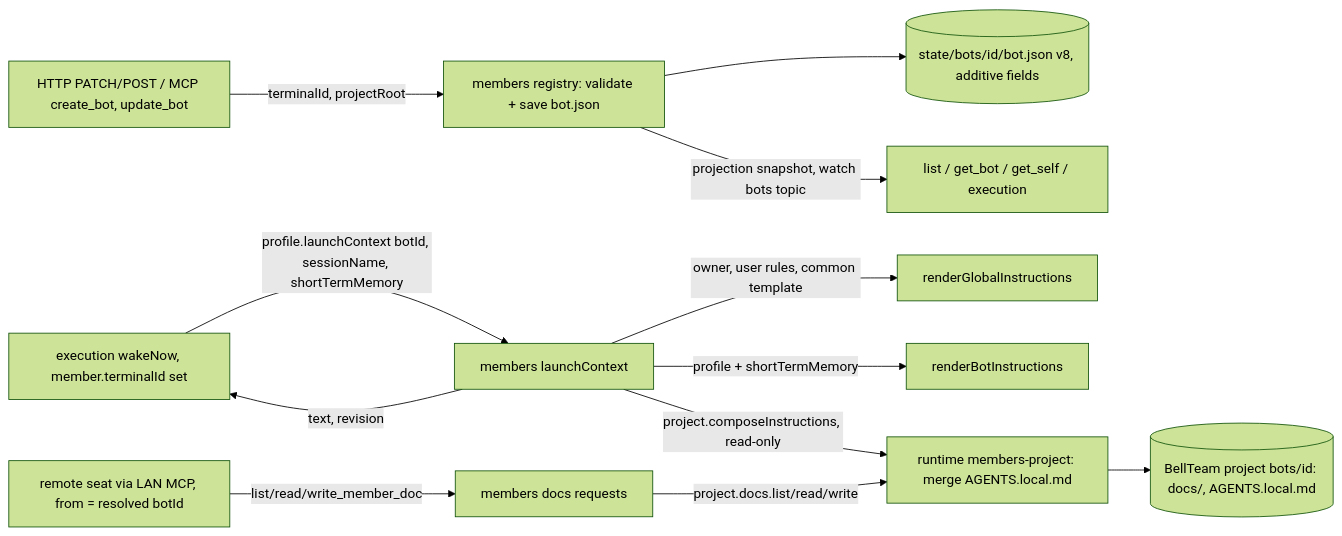
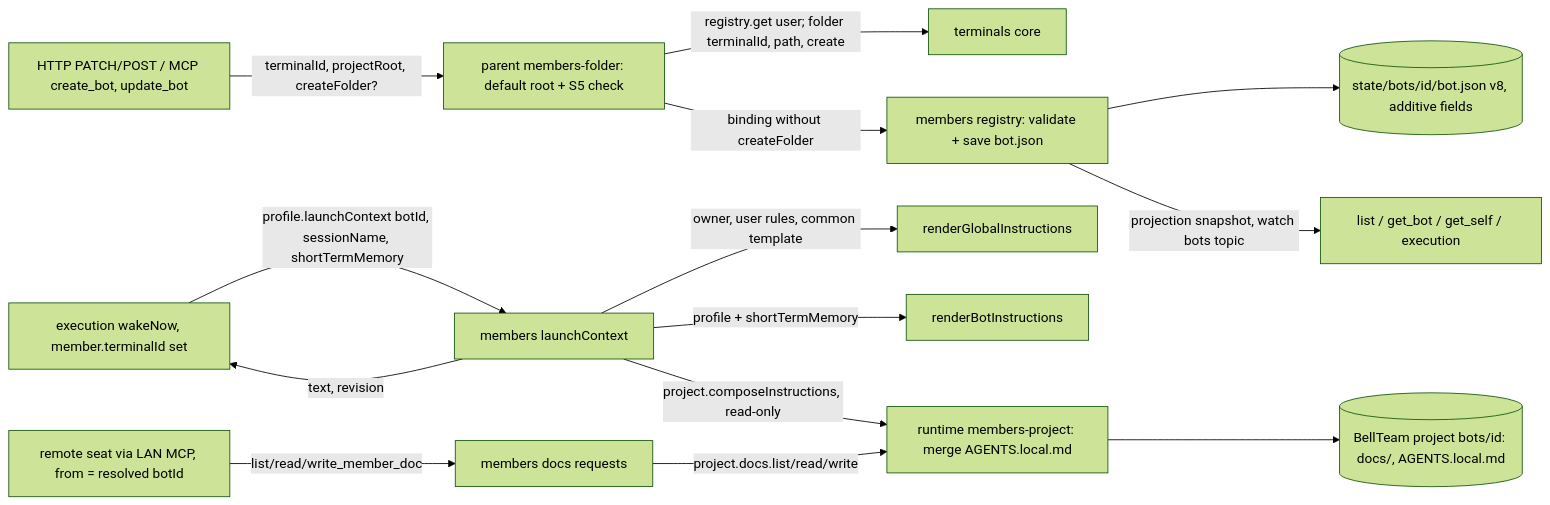
Before and after one commit to kitepon/BellTeam: the diagram in docs/architecture/modules/members/remote-seat.md, drawn with Mermaid (forest theme). The commit also changed other lines of this file and 8 other files, not shown here.

First line of the commit message:
feat(members): check the terminal folder on member save (S5 self-service step 4)

````diff
--- a/docs/architecture/modules/members/remote-seat.md
+++ b/docs/architecture/modules/members/remote-seat.md
@@ -9,14 +9,16 @@
 ```mermaid
 flowchart LR
-  Admin[HTTP PATCH/POST / MCP create_bot, update_bot] -->|terminalId, projectRoot| Registry[members registry: validate + save bot.json]
+  Admin[HTTP PATCH/POST / MCP create_bot, update_bot] -->|terminalId, projectRoot, createFolder?| Folder[parent members-folder: default root + S5 check]
+  Folder -->|registry.get user; folder terminalId, path, create| Terminals[terminals core]
+  Folder -->|binding without createFolder| Registry[members registry: validate + save bot.json]
   Registry --> State[(state/bots/id/bot.json v8, additive fields)]
   Registry -->|projection snapshot, watch bots topic| Views[list / get_bot / get_self / execution]
   Exec[execution wakeNow, member.terminalId set] -->|profile.launchContext botId, sessionName, shortTermMemory| Launch[members launchContext]
   Launch -->|owner, user rules, common template| Global[renderGlobalInstructions]
   Launch -->|profile + shortTermMemory| Body[renderBotInstructions]
   Launch -->|project.composeInstructions, read-only| Runtime[runtime members-project: merge AGENTS.local.md]
   Launch -->|text, revision| Exec
   Seat[remote seat via LAN MCP, from = resolved botId] -->|list/read/write_member_doc| Docs[members docs requests]
   Docs -->|project.docs.list/read/write| Runtime
   Runtime --> Project[(BellTeam project bots/id: docs/, AGENTS.local.md)]
 ```
````
